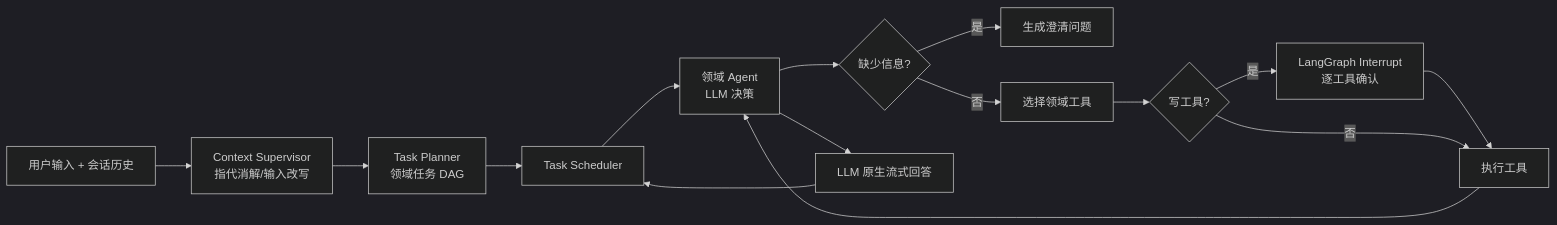
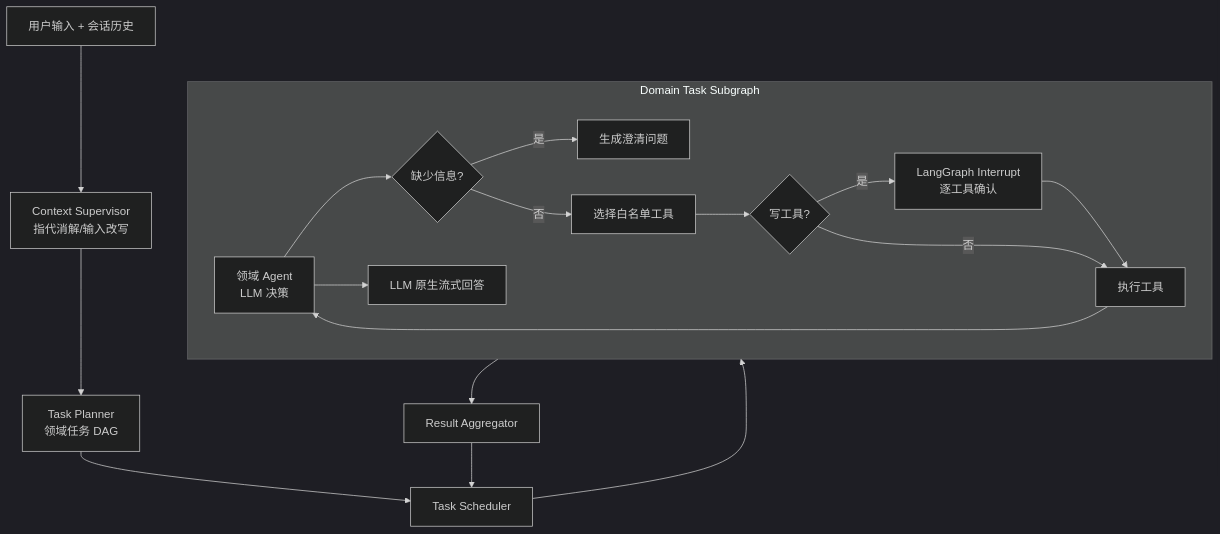
One commit to a379324721/enterprise-ai-assistant changed the diagram in README.md. Above: the diagram before and after it, drawn with Mermaid (dark theme). The commit also changed other lines of this file and 11 other files, not shown here.

````diff
--- a/README.md
+++ b/README.md
@@ -9,17 +9,20 @@
 ```mermaid
-flowchart LR
+flowchart TB
     U[用户输入 + 会话历史] --> S[Context Supervisor\n指代消解/输入改写]
     S --> P[Task Planner\n领域任务 DAG]
     P --> D[Task Scheduler]
-    D --> A[领域 Agent\nLLM 决策]
-    A --> M{缺少信息?}
-    M -- 是 --> Q[生成澄清问题]
-    M -- 否 --> T[选择领域工具]
-    T --> R{写工具?}
-    R -- 是 --> I[LangGraph Interrupt\n逐工具确认]
-    I --> X[执行工具]
-    R -- 否 --> X
-    X --> A
-    A --> O[LLM 原生流式回答]
-    O --> D
+    D --> SG
+    subgraph SG[Domain Task Subgraph]
+        A[领域 Agent\nLLM 决策] --> M{缺少信息?}
+        M -- 是 --> Q[生成澄清问题]
+        M -- 否 --> T[选择白名单工具]
+        T --> R{写工具?}
+        R -- 是 --> I[LangGraph Interrupt\n逐工具确认]
+        I --> X[执行工具]
+        R -- 否 --> X
+        X --> A
+        A --> O[LLM 原生流式回答]
+    end
+    SG --> G[Result Aggregator]
+    G --> D
 ```
````
